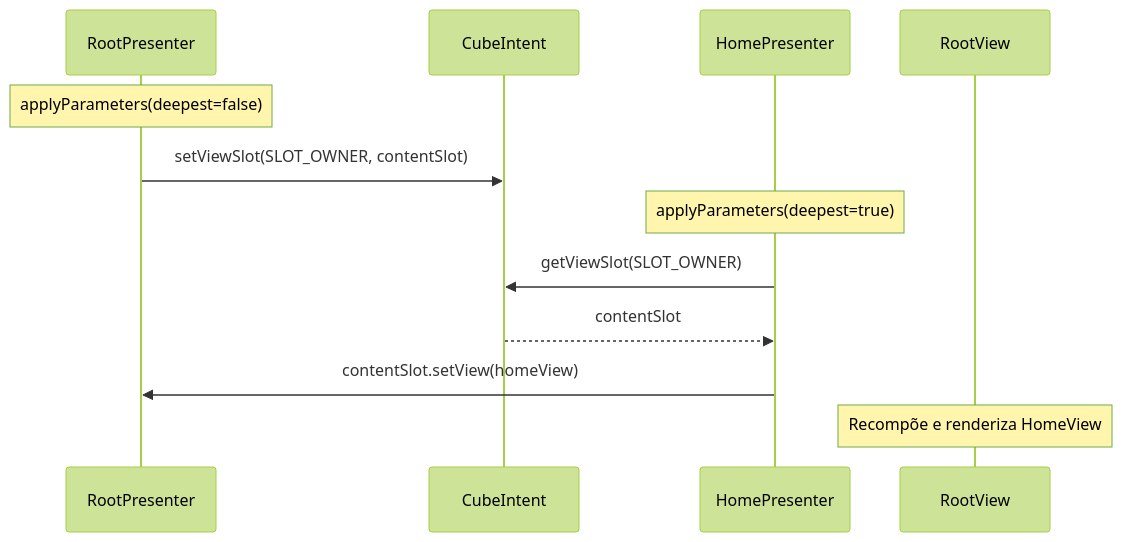
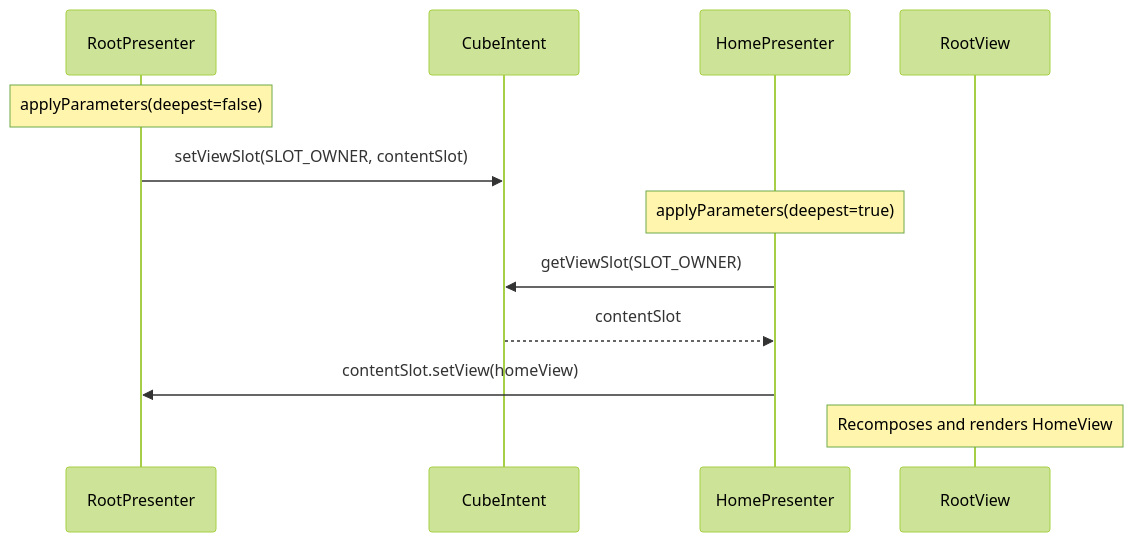
The seventh of 10 diagrams in docs/architecture.md (mrcdom/wdc-cube-kotlin), drawn with Mermaid (forest theme) before and after one commit. The commit also changed other lines of this file and 10 other files, not shown here.

First line of the commit message:
docs: architecture docs and top-level READMEs in US English

````diff
--- a/docs/architecture.md
+++ b/docs/architecture.md
@@ -354,16 +354,16 @@
 ```mermaid
 sequenceDiagram
     participant Root as RootPresenter
     participant Intent as CubeIntent
     participant Home as HomePresenter
     participant RootView as RootView
 
     Note over Root: applyParameters(deepest=false)
     Root->>Intent: setViewSlot(SLOT_OWNER, contentSlot)
 
     Note over Home: applyParameters(deepest=true)
     Home->>Intent: getViewSlot(SLOT_OWNER)
     Intent-->>Home: contentSlot
     Home->>Root: contentSlot.setView(homeView)
-    Note over RootView: Recompõe e renderiza HomeView
+    Note over RootView: Recomposes and renders HomeView
 ```
````
